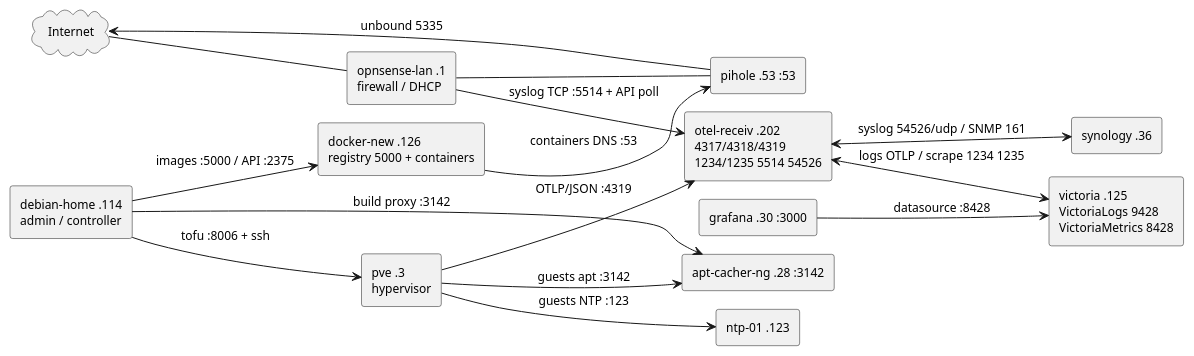
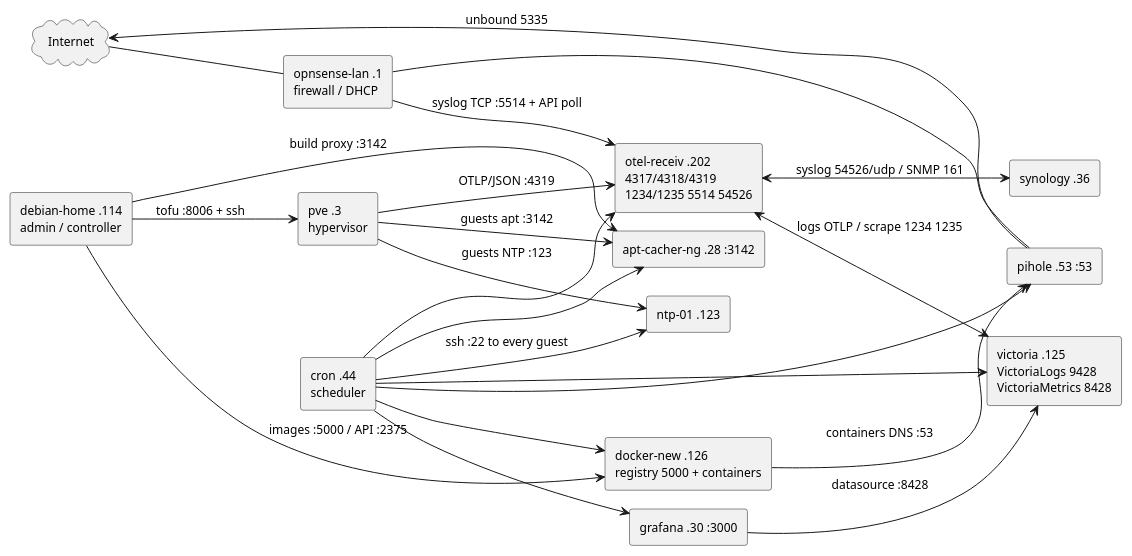
The diagram in readfirst/fleet.md (cretinon/agents), drawn with PlantUML before and after one commit. The commit also changed other lines of this file and 1 other file, not shown here.

````diff
--- a/readfirst/fleet.md
+++ b/readfirst/fleet.md
@@ -170,36 +176,44 @@
 ```plantuml
 @startuml
 left to right direction
 skinparam nodesep 18
 skinparam ranksep 45
 skinparam defaultFontSize 12
 
 cloud "Internet" as INET
 rectangle "opnsense-lan .1\nfirewall / DHCP" as OPN
 rectangle "pihole .53 :53" as PIH
 rectangle "apt-cacher-ng .28 :3142" as APT
 rectangle "debian-home .114\nadmin / controller" as HOME
 rectangle "pve .3\nhypervisor" as PVE
 rectangle "ntp-01 .123" as NTP
 rectangle "otel-receiv .202\n4317/4318/4319\n1234/1235 5514 54526" as OTEL
 rectangle "victoria .125\nVictoriaLogs 9428\nVictoriaMetrics 8428" as VIC
 rectangle "grafana .30 :3000" as GRAF
 rectangle "synology .36" as SYN
 rectangle "docker-new .126\nregistry 5000 + containers" as DK
+rectangle "cron .44\nscheduler" as CRON
 
 INET -- OPN
 OPN -- PIH
 PIH --> INET : unbound 5335
 HOME --> PVE : tofu :8006 + ssh
 HOME --> DK : images :5000 / API :2375
 HOME --> APT : build proxy :3142
 PVE --> OTEL : OTLP/JSON :4319
 PVE --> APT : guests apt :3142
 PVE --> NTP : guests NTP :123
 OPN --> OTEL : syslog TCP :5514 + API poll
 OTEL <--> VIC : logs OTLP / scrape 1234 1235
 OTEL <--> SYN : syslog 54526/udp / SNMP 161
 GRAF --> VIC : datasource :8428
 DK --> PIH : containers DNS :53
+CRON --> NTP : ssh :22 to every guest
+CRON --> VIC
+CRON --> DK
+CRON --> APT
+CRON --> PIH
+CRON --> OTEL
+CRON --> GRAF
 @enduml
 ```
````
